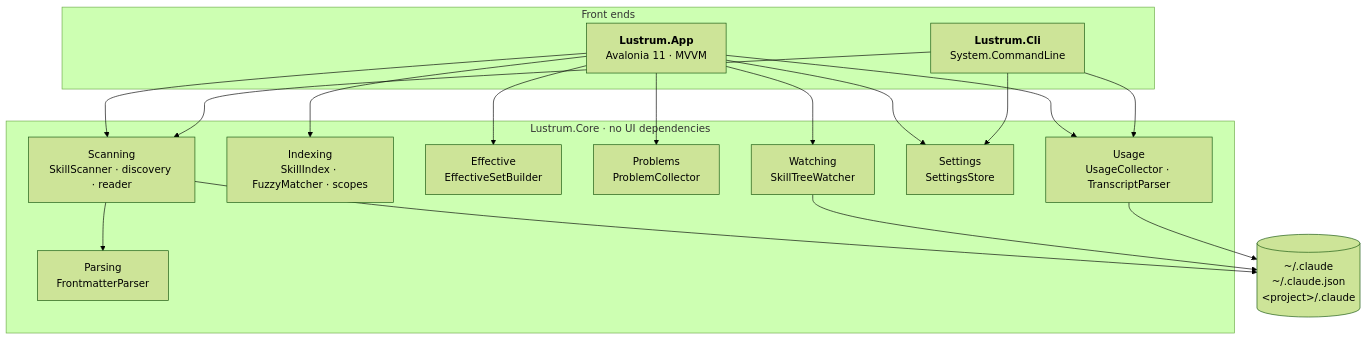
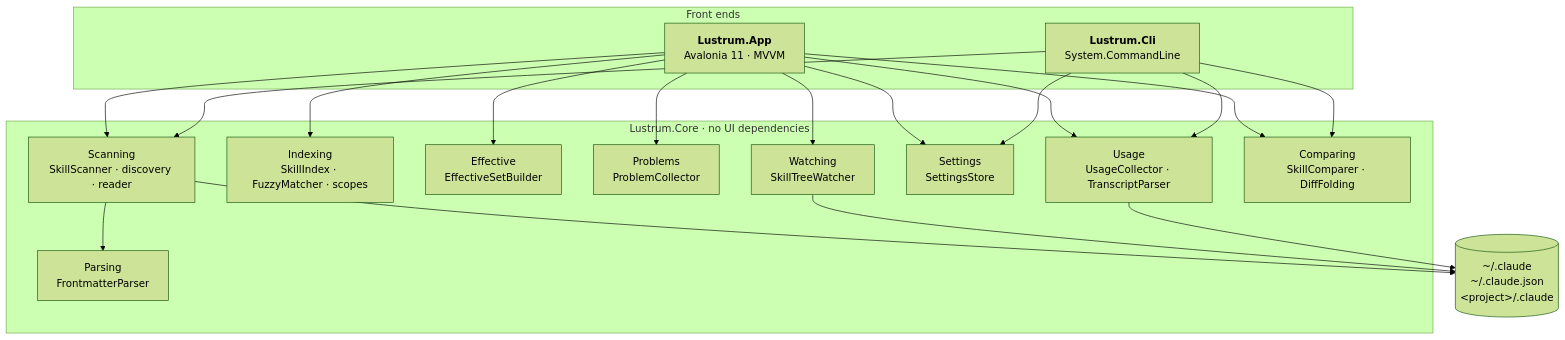
The first of 2 diagrams in README.md (sburdenko/lustrum), drawn with Mermaid (forest theme) before and after one commit. The commit also changed other lines of this file and 27 other files, not shown here.

````diff
--- a/README.md
+++ b/README.md
@@ -141,27 +150,28 @@
 ```mermaid
 flowchart TB
     subgraph front["Front ends"]
         app["<b>Lustrum.App</b><br/>Avalonia 11 · MVVM"]
         cli["<b>Lustrum.Cli</b><br/>System.CommandLine"]
     end
 
     subgraph core["Lustrum.Core · no UI dependencies"]
         scanner["Scanning<br/>SkillScanner · discovery · reader"]
         parser["Parsing<br/>FrontmatterParser"]
         index["Indexing<br/>SkillIndex · FuzzyMatcher · scopes"]
         effective["Effective<br/>EffectiveSetBuilder"]
         problems["Problems<br/>ProblemCollector"]
         watching["Watching<br/>SkillTreeWatcher"]
         settings["Settings<br/>SettingsStore"]
         usage["Usage<br/>UsageCollector · TranscriptParser"]
+        comparing["Comparing<br/>SkillComparer · DiffFolding"]
     end
 
     disk[("~/.claude<br/>~/.claude.json<br/>&lt;project&gt;/.claude")]
 
-    app --> scanner & index & effective & problems & watching & settings & usage
-    cli --> scanner & settings & usage
+    app --> scanner & index & effective & problems & watching & settings & usage & comparing
+    cli --> scanner & settings & usage & comparing
     scanner --> parser
     scanner --> disk
     watching --> disk
     usage --> disk
 ```
````
